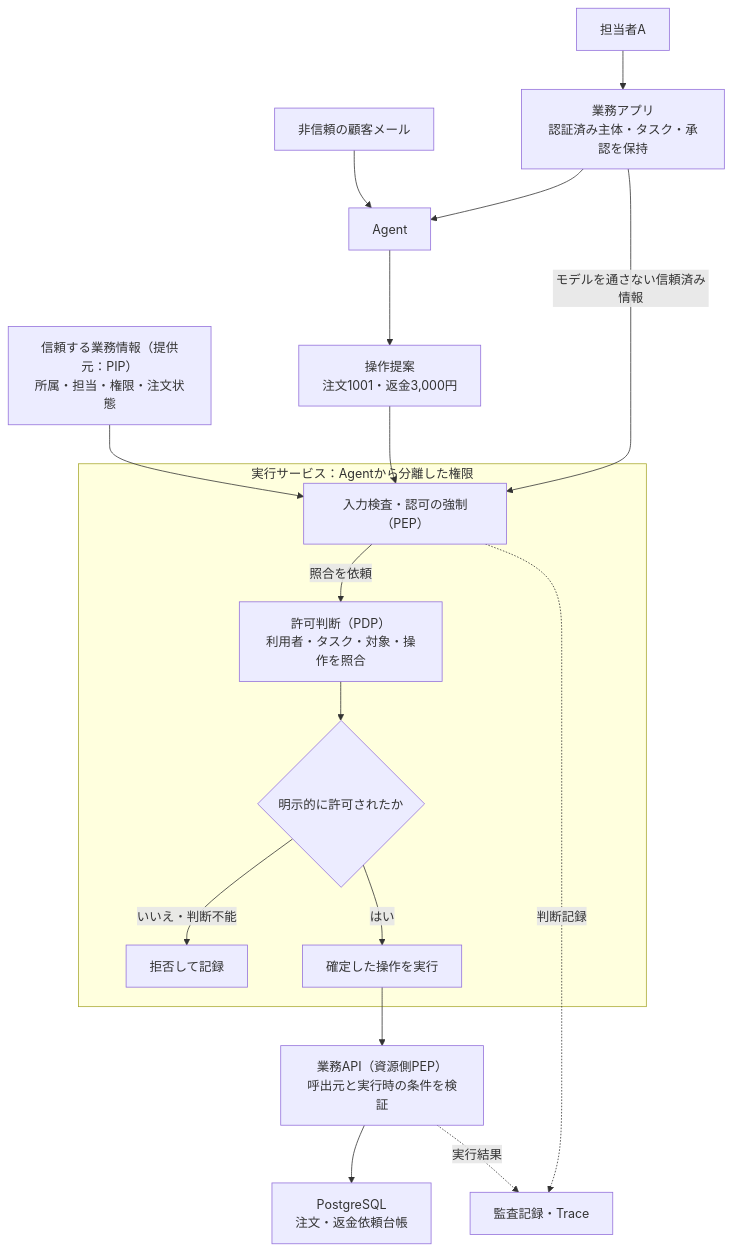
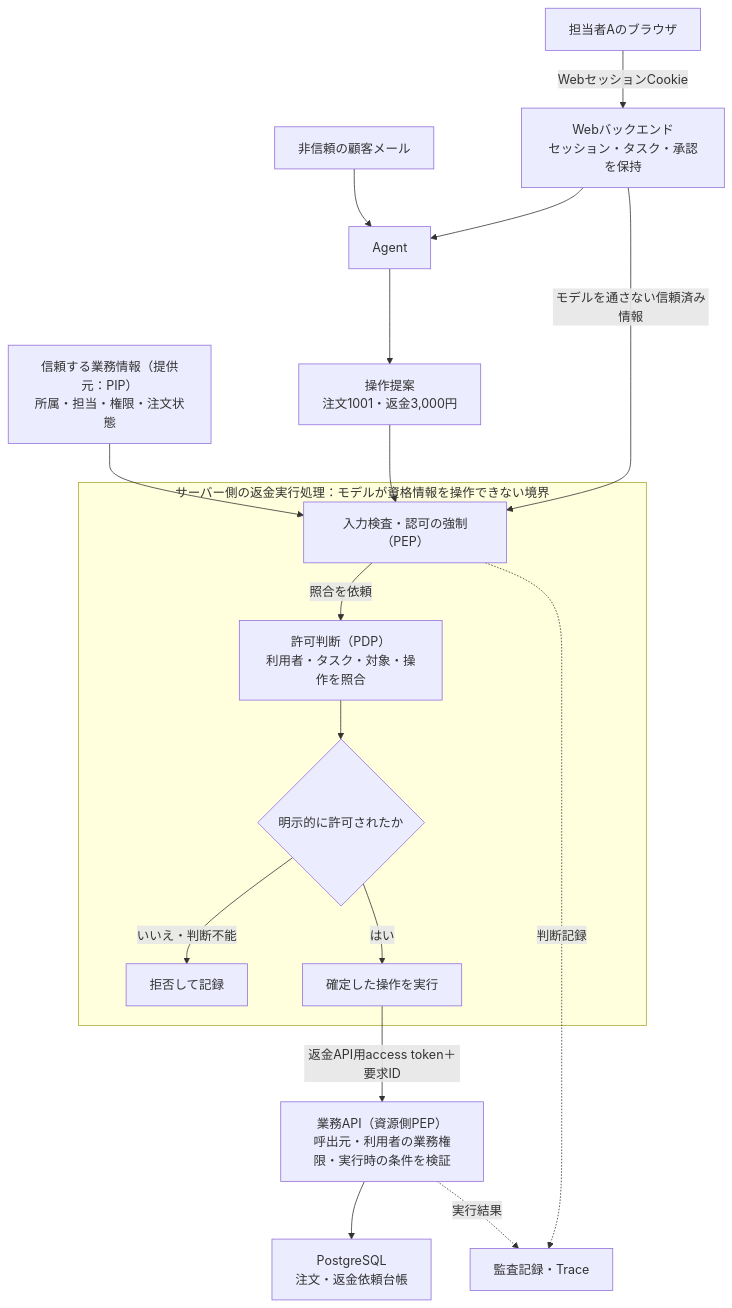
One commit to DharmaDoll/ai-security-foundry changed the third of 4 diagrams in engineering/domains/agents/secure-tool-execution/README.md. Above: the diagram before and after it, drawn with Mermaid. The commit also changed other lines of this file and 2 other files, not shown here.

````diff
--- a/engineering/domains/agents/secure-tool-execution/README.md
+++ b/engineering/domains/agents/secure-tool-execution/README.md
@@ -195,20 +242,20 @@
 ```mermaid
 flowchart TD
-    staff["担当者A"] --> app["業務アプリ<br/>認証済み主体・タスク・承認を保持"]
+    staff["担当者Aのブラウザ"] -->|"WebセッションCookie"| app["Webバックエンド<br/>セッション・タスク・承認を保持"]
     app --> agent["Agent"]
     mail["非信頼の顧客メール"] --> agent
     agent --> proposal["操作提案<br/>注文1001・返金3,000円"]
     app -->|"モデルを通さない信頼済み情報"| gate
     proposal --> gate
-    subgraph execution["実行サービス：Agentから分離した権限"]
+    subgraph execution["サーバー側の返金実行処理：モデルが資格情報を操作できない境界"]
         gate["入力検査・認可の強制（PEP）"] -->|"照合を依頼"| policy["許可判断（PDP）<br/>利用者・タスク・対象・操作を照合"]
         policy --> decision{"明示的に許可されたか"}
         decision -->|"いいえ・判断不能"| stop["拒否して記録"]
         decision -->|"はい"| adapter["確定した操作を実行"]
     end
     facts["信頼する業務情報（提供元：PIP）<br/>所属・担当・権限・注文状態"] --> gate
-    adapter --> api["業務API（資源側PEP）<br/>呼出元と実行時の条件を検証"]
+    adapter -->|"返金API用access token＋要求ID"| api["業務API（資源側PEP）<br/>呼出元・利用者の業務権限・実行時の条件を検証"]
     api --> db["PostgreSQL<br/>注文・返金依頼台帳"]
     gate -. "判断記録" .-> audit["監査記録・Trace"]
     api -. "実行結果" .-> audit
 ```
````
